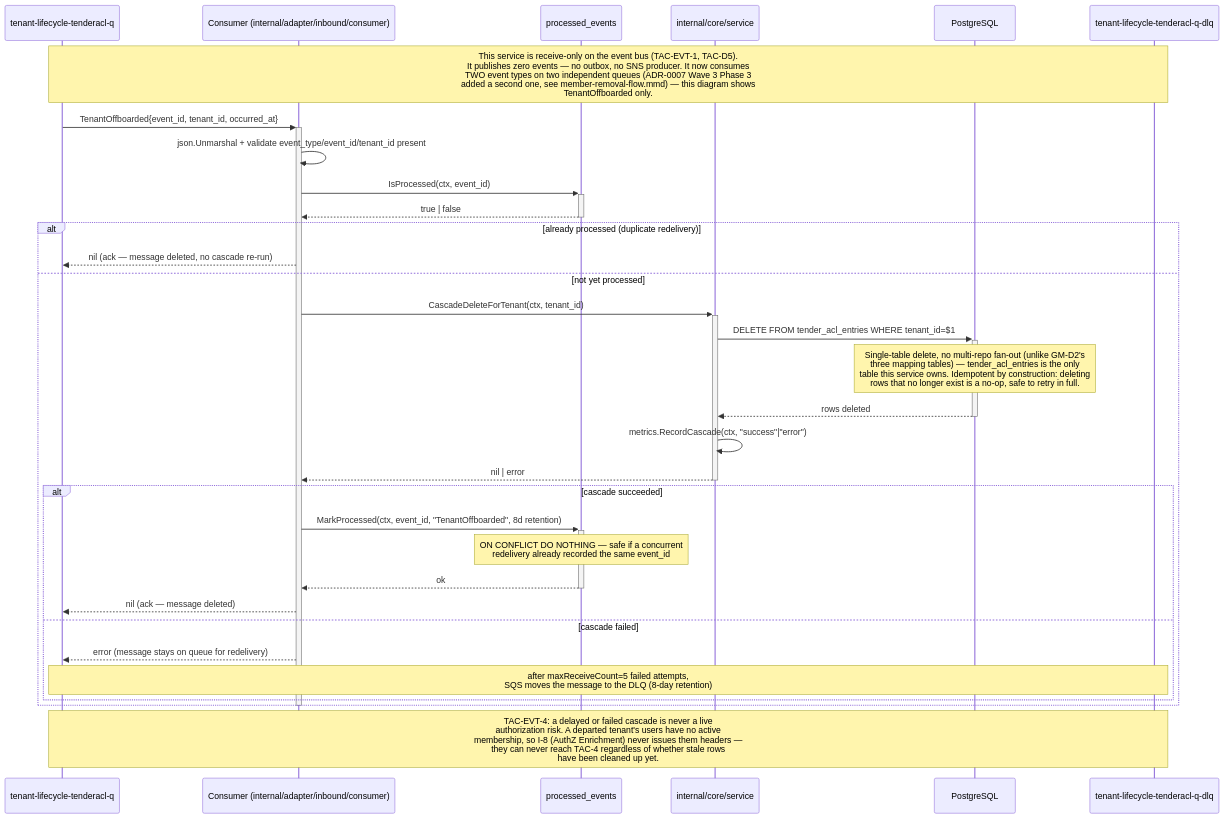
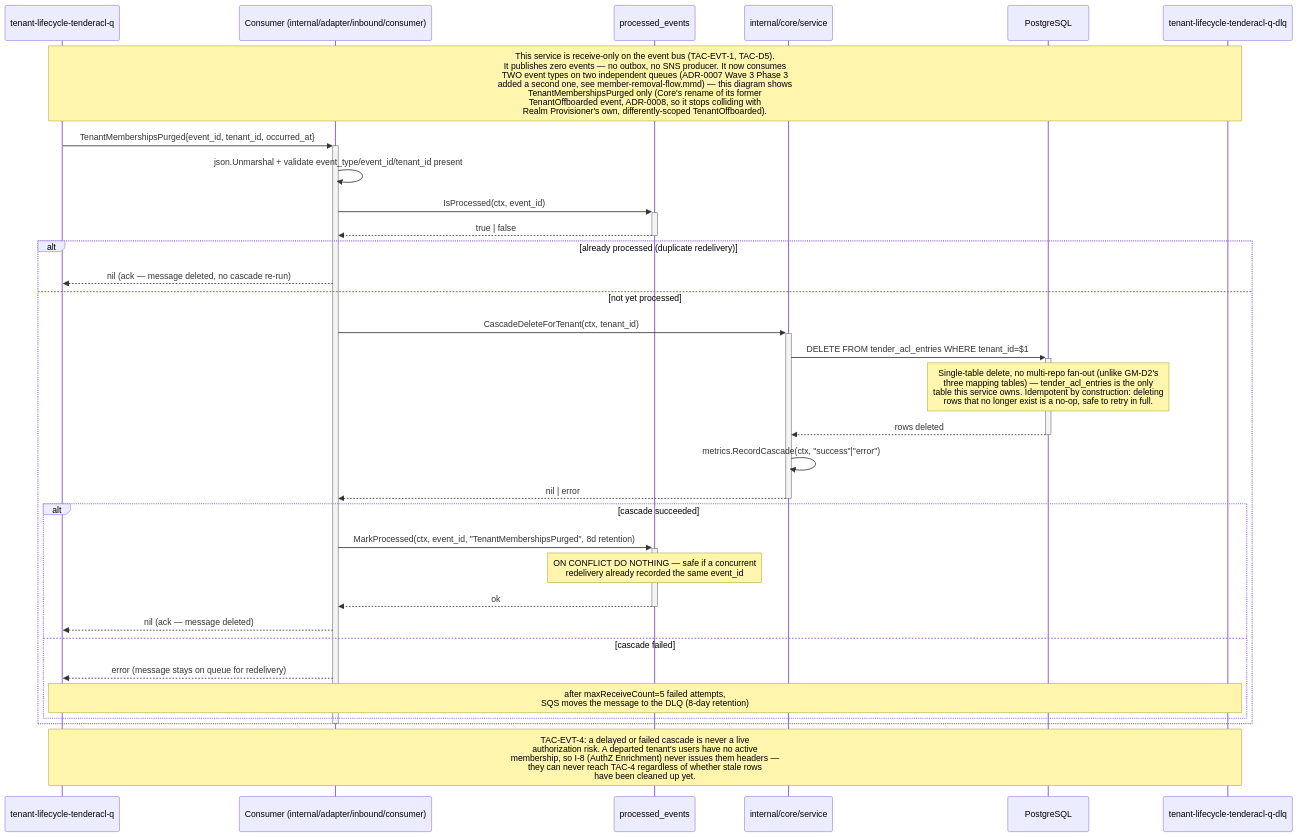
The fourth of 7 diagrams in ARCHITECTURE.md (BCBP-SOLUTIONS-FZC-LLC/iam-tender-acl), drawn with Mermaid before and after one commit. The commit also changed other lines of this file and 11 other files, not shown here.

First line of the commit message:
Align LLD/README/ARCHITECTURE/.claude docs with current event names and migration structure

````diff
--- a/ARCHITECTURE.md
+++ b/ARCHITECTURE.md
@@ -233,41 +233,41 @@
 ```mermaid
 sequenceDiagram
     participant SQS as tenant-lifecycle-tenderacl-q
     participant C as Consumer (internal/adapter/inbound/consumer)
     participant Idem as processed_events
     participant SVC as internal/core/service
     participant DB as PostgreSQL
     participant DLQ as tenant-lifecycle-tenderacl-q-dlq
 
-    Note over SQS,DLQ: This service is receive-only on the event bus (TAC-EVT-1, TAC-D5).<br/>It publishes zero events — no outbox, no SNS producer. It now consumes<br/>TWO event types on two independent queues (ADR-0007 Wave 3 Phase 3<br/>added a second one, see member-removal-flow.mmd) — this diagram shows<br/>TenantOffboarded only.
+    Note over SQS,DLQ: This service is receive-only on the event bus (TAC-EVT-1, TAC-D5).<br/>It publishes zero events — no outbox, no SNS producer. It now consumes<br/>TWO event types on two independent queues (ADR-0007 Wave 3 Phase 3<br/>added a second one, see member-removal-flow.mmd) — this diagram shows<br/>TenantMembershipsPurged only (Core's rename of its former<br/>TenantOffboarded event, ADR-0008, so it stops colliding with<br/>Realm Provisioner's own, differently-scoped TenantOffboarded).
 
-    SQS ->>+ C: TenantOffboarded{event_id, tenant_id, occurred_at}
+    SQS ->>+ C: TenantMembershipsPurged{event_id, tenant_id, occurred_at}
     C ->> C: json.Unmarshal + validate event_type/event_id/tenant_id present
 
     C ->>+ Idem: IsProcessed(ctx, event_id)
     Idem -->>- C: true | false
 
     alt already processed (duplicate redelivery)
         C -->> SQS: nil (ack — message deleted, no cascade re-run)
     else not yet processed
         C ->>+ SVC: CascadeDeleteForTenant(ctx, tenant_id)
         SVC ->>+ DB: DELETE FROM tender_acl_entries WHERE tenant_id=$1
         Note over DB: Single-table delete, no multi-repo fan-out (unlike GM-D2's<br/>three mapping tables) — tender_acl_entries is the only<br/>table this service owns. Idempotent by construction: deleting<br/>rows that no longer exist is a no-op, safe to retry in full.
         DB -->>- SVC: rows deleted
         SVC ->> SVC: metrics.RecordCascade(ctx, "success"|"error")
         SVC -->>- C: nil | error
 
         alt cascade succeeded
-            C ->>+ Idem: MarkProcessed(ctx, event_id, "TenantOffboarded", 8d retention)
+            C ->>+ Idem: MarkProcessed(ctx, event_id, "TenantMembershipsPurged", 8d retention)
             Note over Idem: ON CONFLICT DO NOTHING — safe if a concurrent<br/>redelivery already recorded the same event_id
             Idem -->>- C: ok
             C -->> SQS: nil (ack — message deleted)
         else cascade failed
             C -->> SQS: error (message stays on queue for redelivery)
             Note over SQS,DLQ: after maxReceiveCount=5 failed attempts,<br/>SQS moves the message to the DLQ (8-day retention)
         end
     end
     deactivate C
 
     Note over SQS,DLQ: TAC-EVT-4: a delayed or failed cascade is never a live<br/>authorization risk. A departed tenant's users have no active<br/>membership, so I-8 (AuthZ Enrichment) never issues them headers —<br/>they can never reach TAC-4 regardless of whether stale rows<br/>have been cleaned up yet.
 ```
````
